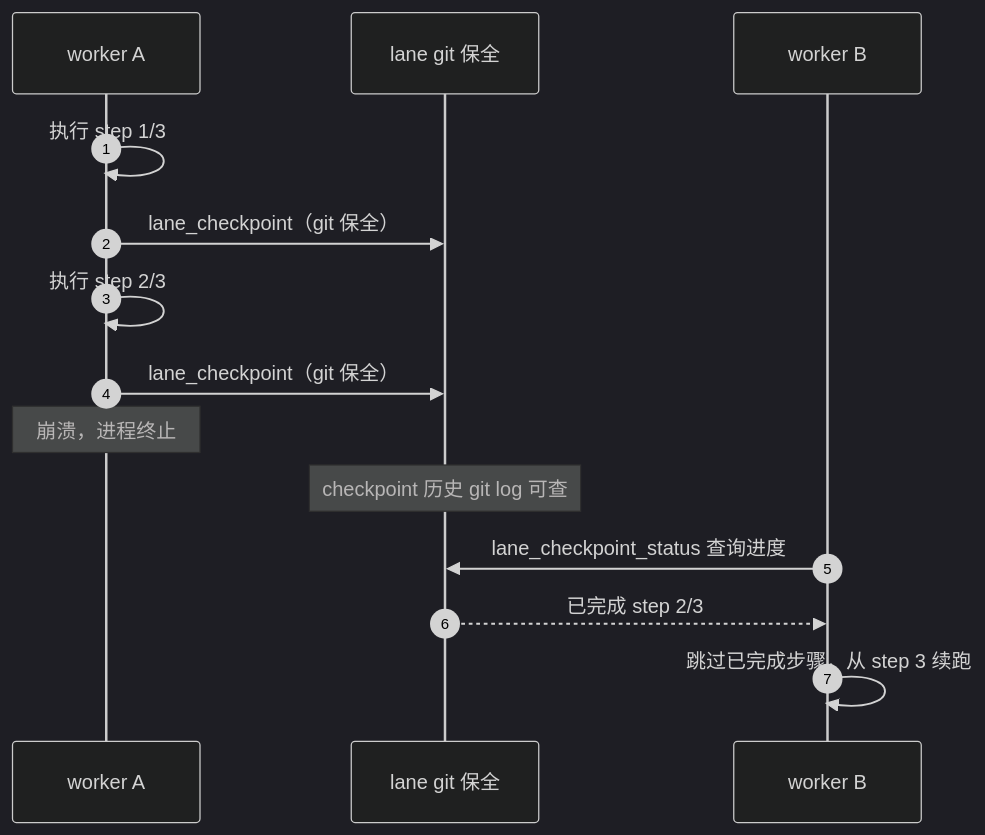
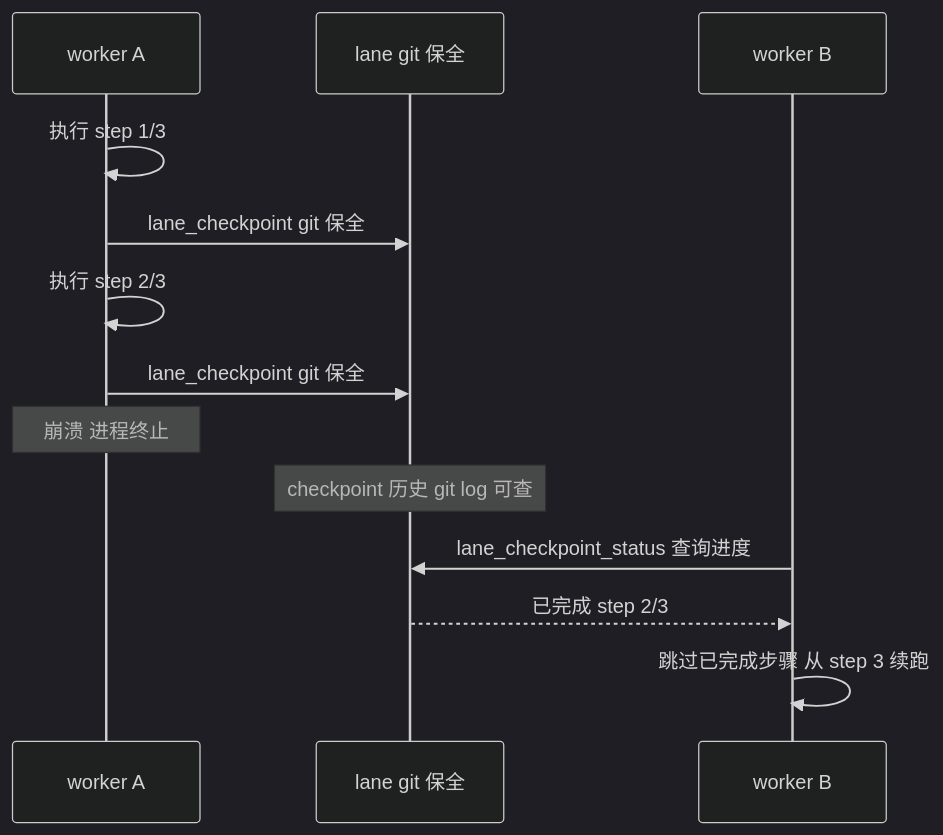
Before and after one commit to Punky971210/dsh-punky-swarm: the third of 3 diagrams in README.md, drawn with Mermaid (dark theme). The commit also changed other lines of this file and 4 other files, not shown here.

Commit message:
docs: mermaid syntax compat fix, simplify why section

````diff
--- a/README.md
+++ b/README.md
@@ -137,16 +137,15 @@
 ```mermaid
 sequenceDiagram
-  autonumber
   participant A as worker A
   participant G as lane git 保全
   participant B as worker B
   A->>A: 执行 step 1/3
-  A->>G: lane_checkpoint（git 保全）
+  A->>G: lane_checkpoint git 保全
   A->>A: 执行 step 2/3
-  A->>G: lane_checkpoint（git 保全）
-  Note over A: 崩溃，进程终止
+  A->>G: lane_checkpoint git 保全
+  Note over A: 崩溃 进程终止
   Note over G: checkpoint 历史 git log 可查
   B->>G: lane_checkpoint_status 查询进度
   G-->>B: 已完成 step 2/3
-  B->>B: 跳过已完成步骤，从 step 3 续跑
+  B->>B: 跳过已完成步骤 从 step 3 续跑
 ```
````
